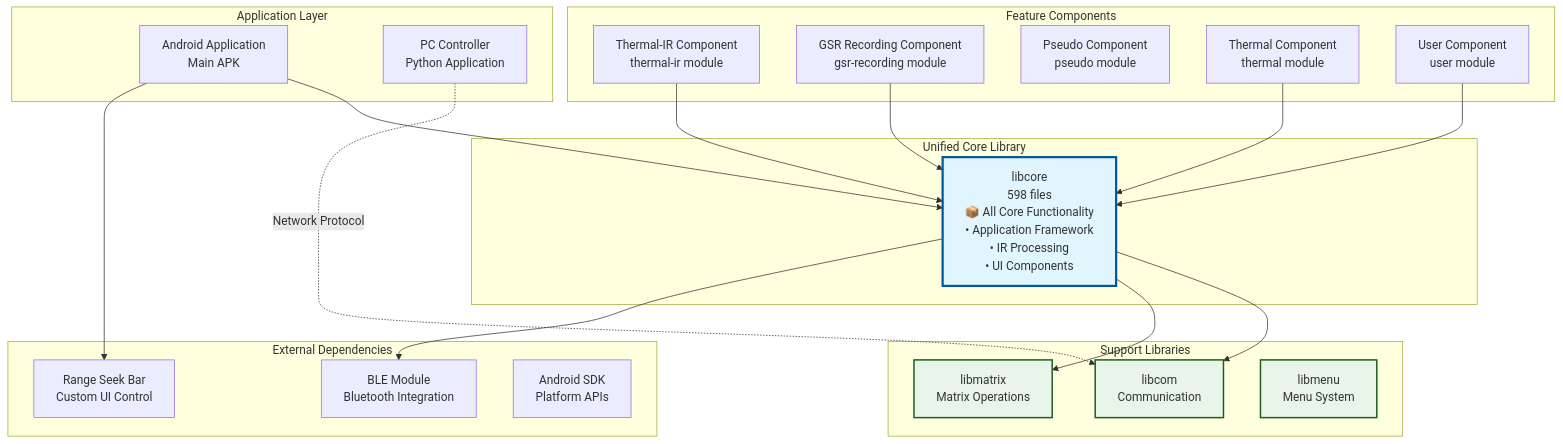
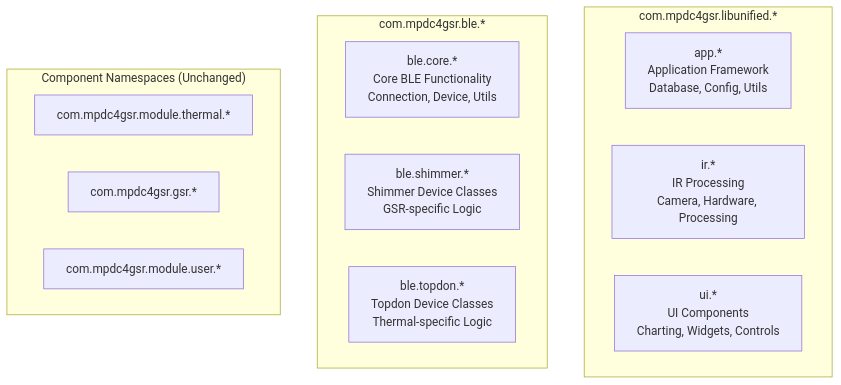
The second of 8 diagrams in MERMAID_DIAGRAMS.md (uclgsr/IRCamera), drawn with Mermaid before and after one commit. The commit also changed other lines of this file and 7 other files, not shown here.

Commit message:
Comprehensive verification: Updated all imports, gradle files, and documentation for unified architecture

````diff
--- a/MERMAID_DIAGRAMS.md
+++ b/MERMAID_DIAGRAMS.md
@@ -80,57 +72,20 @@
 ```mermaid
 graph TB
-    subgraph "Application Layer"
-        App[Android Application<br/>Main APK]
-        PCController[PC Controller<br/>Python Application]
+    subgraph "com.mpdc4gsr.libunified.*"
+        AppNS[app.*<br/>Application Framework<br/>Database, Config, Utils]
+        IRNs[ir.*<br/>IR Processing<br/>Camera, Hardware, Processing]
+        UINs[ui.*<br/>UI Components<br/>Charting, Widgets, Controls]
     end
     
-    subgraph "Feature Components"
-        ThermalIR[Thermal-IR Component<br/>thermal-ir module]
-        GSRRecording[GSR Recording Component<br/>gsr-recording module]
-        PseudoComponent[Pseudo Component<br/>pseudo module]
-        ThermalComponent[Thermal Component<br/>thermal module]
-        UserComponent[User Component<br/>user module]
+    subgraph "com.mpdc4gsr.ble.*"
+        BLECoreNS[ble.core.*<br/>Core BLE Functionality<br/>Connection, Device, Utils]
+        BLEShimmerNS[ble.shimmer.*<br/>Shimmer Device Classes<br/>GSR-specific Logic]
+        BLETopdonNS[ble.topdon.*<br/>Topdon Device Classes<br/>Thermal-specific Logic]
     end
     
-    subgraph "Unified Core Library"
-        LibCore[libcore<br/>598 files<br/>📦 All Core Functionality<br/>• Application Framework<br/>• IR Processing<br/>• UI Components]
+    subgraph "Component Namespaces (Unchanged)"
+        CompThermal[com.mpdc4gsr.module.thermal.*]
+        CompGSR[com.mpdc4gsr.gsr.*]
+        CompUser[com.mpdc4gsr.module.user.*]
     end
-    
-    subgraph "Support Libraries"
-        LibCom[libcom<br/>Communication]
-        LibMatrix[libmatrix<br/>Matrix Operations]
-        LibMenu[libmenu<br/>Menu System]
-    end
-    
-    subgraph "External Dependencies"
-        BleModule[BLE Module<br/>Bluetooth Integration]
-        RangeSeekBar[Range Seek Bar<br/>Custom UI Control]
-        AndroidSDK[Android SDK<br/>Platform APIs]
-    end
-    
-    %% Simplified Dependencies - Single unified dependency
-    App --> LibCore
-    
-    ThermalIR --> LibCore
-    GSRRecording --> LibCore
-    ThermalComponent --> LibCore
-    UserComponent --> LibCore
-    
-    %% Support library dependencies
-    LibCore --> LibCom
-    LibCore --> LibMatrix
-    
-    %% External dependencies
-    LibCore --> BleModule
-    App --> RangeSeekBar
-    
-    PCController -.->|Network Protocol| LibCom
-    
-    %% Visual styling
-    classDef unified fill:#e1f5fe,stroke:#01579b,stroke-width:3px
-    classDef current fill:#f3e5f5,stroke:#4a148c,stroke-width:2px
-    classDef support fill:#e8f5e8,stroke:#1b5e20,stroke-width:2px
-    
-    class LibCore unified
-    class LibCom,LibMatrix,LibMenu support
 ```
````
